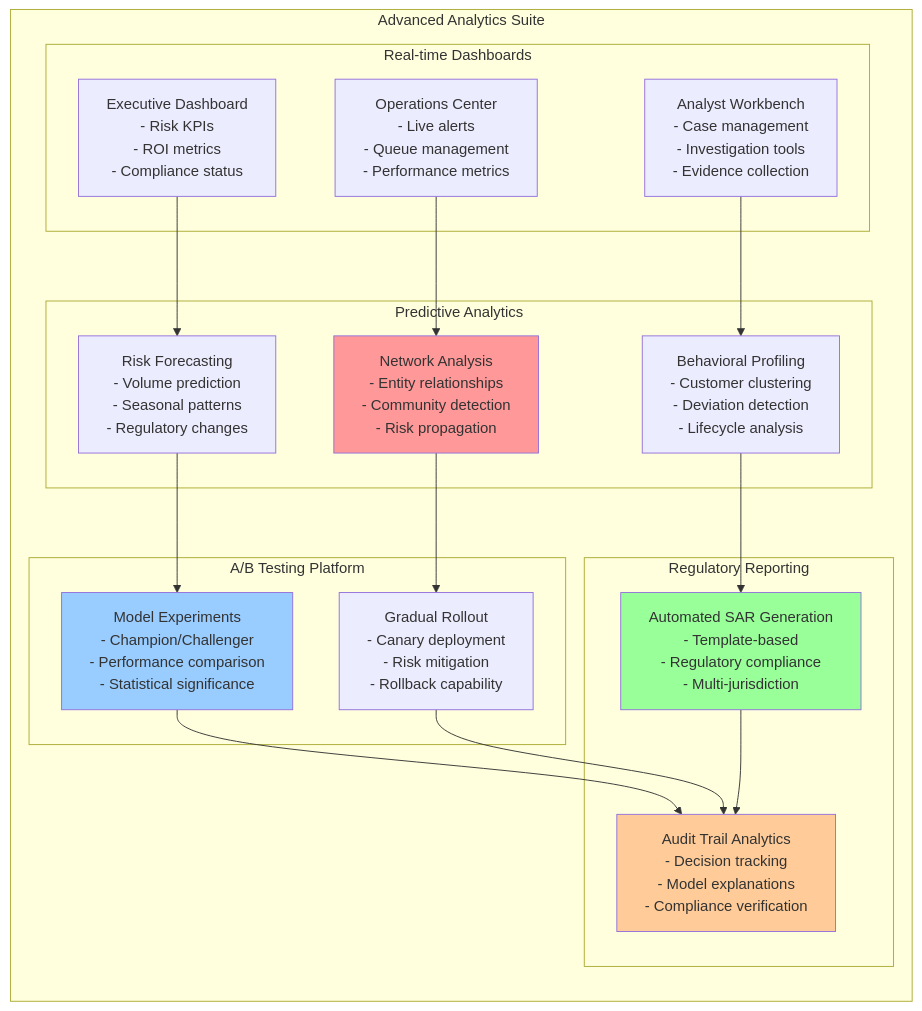
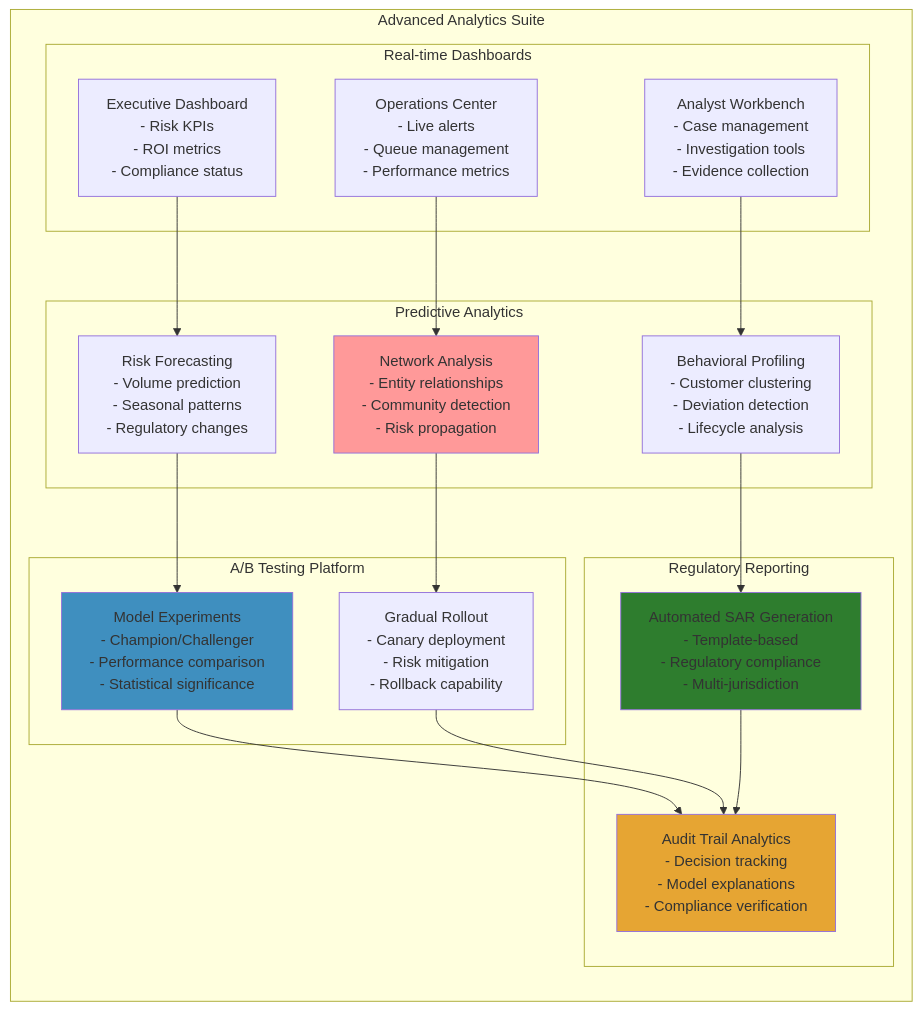
One commit to gregorizeidler-cw/LavandowskI-Chatbot changed the ninth of 12 diagrams in README.md. Above: the diagram before and after it, drawn with Mermaid. The commit also changed other lines of this file, not shown here.

````diff
--- a/README.md
+++ b/README.md
@@ -1305,43 +1305,43 @@
 ```mermaid
 graph LR
     subgraph "Advanced Analytics Suite"
         subgraph "Real-time Dashboards"
             EXEC[Executive Dashboard<br/>- Risk KPIs<br/>- ROI metrics<br/>- Compliance status]
             OPS[Operations Center<br/>- Live alerts<br/>- Queue management<br/>- Performance metrics]
             ANALYST[Analyst Workbench<br/>- Case management<br/>- Investigation tools<br/>- Evidence collection]
         end
         
         subgraph "Predictive Analytics"
             FORECAST[Risk Forecasting<br/>- Volume prediction<br/>- Seasonal patterns<br/>- Regulatory changes]
             NETWORK[Network Analysis<br/>- Entity relationships<br/>- Community detection<br/>- Risk propagation]
             BEHAVIORAL[Behavioral Profiling<br/>- Customer clustering<br/>- Deviation detection<br/>- Lifecycle analysis]
         end
         
         subgraph "A/B Testing Platform"
             EXPERIMENTS[Model Experiments<br/>- Champion/Challenger<br/>- Performance comparison<br/>- Statistical significance]
             ROLLOUT[Gradual Rollout<br/>- Canary deployment<br/>- Risk mitigation<br/>- Rollback capability]
         end
         
         subgraph "Regulatory Reporting"
             AUTO_SAR[Automated SAR Generation<br/>- Template-based<br/>- Regulatory compliance<br/>- Multi-jurisdiction]
             AUDIT[Audit Trail Analytics<br/>- Decision tracking<br/>- Model explanations<br/>- Compliance verification]
         end
     end
     
     EXEC --> FORECAST
     OPS --> NETWORK
     ANALYST --> BEHAVIORAL
     
     FORECAST --> EXPERIMENTS
     NETWORK --> ROLLOUT
     BEHAVIORAL --> AUTO_SAR
     
     EXPERIMENTS --> AUDIT
     ROLLOUT --> AUDIT
     AUTO_SAR --> AUDIT
     
     style NETWORK fill:#ff9999
-    style EXPERIMENTS fill:#99ccff
-    style AUTO_SAR fill:#99ff99
-    style AUDIT fill:#ffcc99
+    style EXPERIMENTS fill:#3f8fbf
+    style AUTO_SAR fill:#2e7d2e
+    style AUDIT fill:#e6a533
 ```
````
